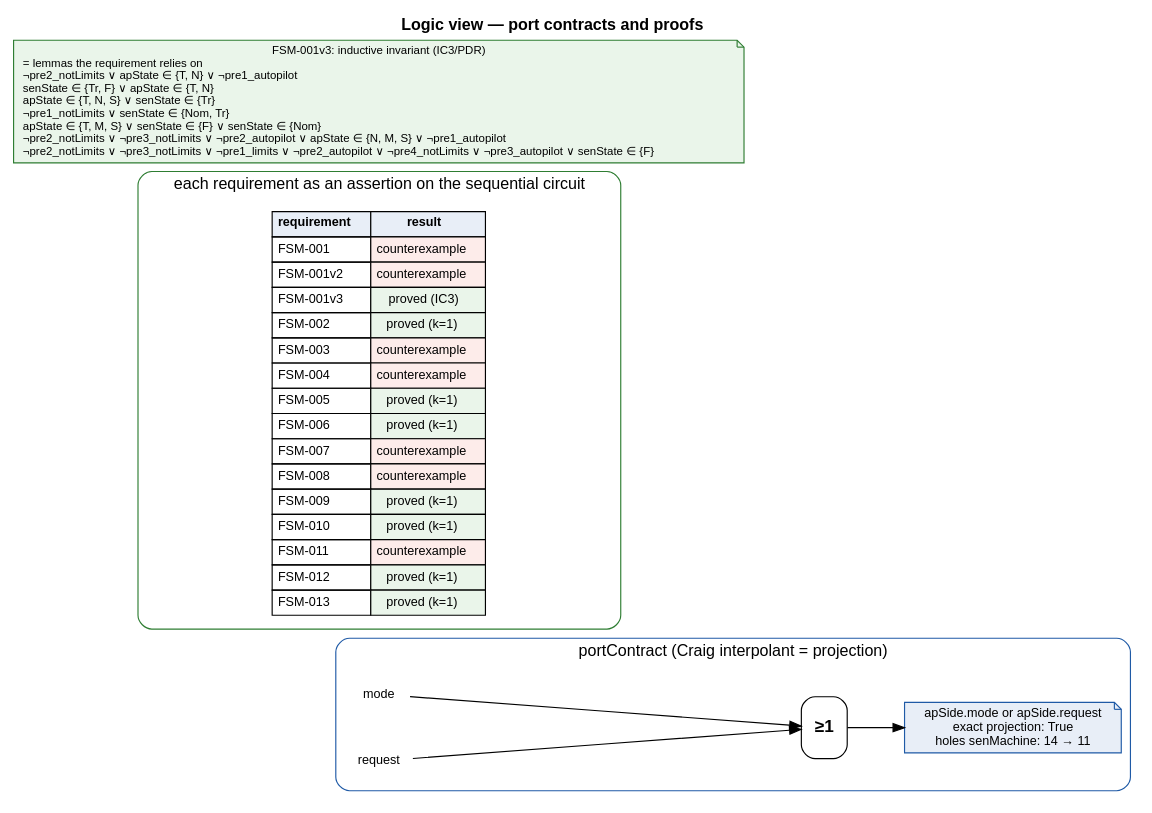
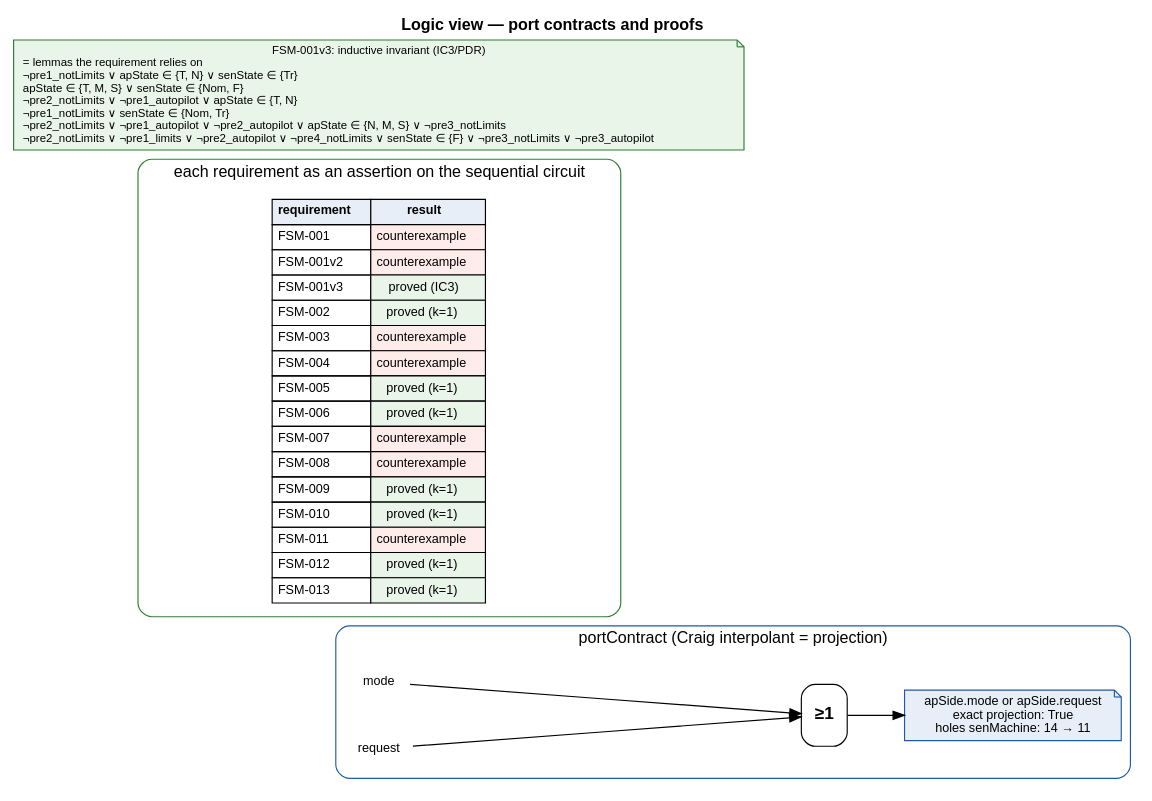
One commit to pedrokuk23/sysml_v2_circuitLogic changed the diagram in results/reference/lmcps/view_proofs.dot. Above: the diagram before and after it, drawn with Graphviz. The commit also changed 52 other files, not shown here.

```diff
--- a/results/reference/lmcps/view_proofs.dot
+++ b/results/reference/lmcps/view_proofs.dot
@@ -1,17 +1,17 @@
 digraph G {
 rankdir=LR; nodesep=0.3; ranksep=0.7;
 node [fontname="Helvetica", fontsize=11];
 fontname="Helvetica";
 label=<<b>Logic view — port contracts and proofs</b>>; labelloc=t; fontsize=14;
 subgraph cluster_portContract { label="portContract (Craig interpolant = projection)"; style=rounded; color="#1f5aa6";
 "portContract_mode" [shape=plaintext, label="mode"];
 "portContract_request" [shape=plaintext, label="request"];
 "portContract_g" [shape=box, width=0.55, height=0.75, fixedsize=true, label="≥1", fontsize=15, fontname="Helvetica-Bold", style="rounded,filled", fillcolor=white];
 "portContract_mode" -> "portContract_g";
 "portContract_request" -> "portContract_g";
 "portContract_n" [shape=note, style=filled, fillcolor="#e8eef7", color="#1f5aa6", label="apSide.mode or apSide.request\nexact projection: True\nholes senMachine: 14 → 11"];
 "portContract_g" -> "portContract_n"; }
 subgraph cluster_p { label="each requirement as an assertion on the sequential circuit"; style=rounded; color="#2e7d32";
 "tbl" [shape=plaintext, label=<<table border="0" cellborder="1" cellspacing="0" cellpadding="4"><tr><td bgcolor="#e8eef7"><b>requirement</b></td><td bgcolor="#e8eef7"><b>result</b></td></tr><tr><td align="left">FSM-001</td><td bgcolor="#fdecea">counterexample</td></tr><tr><td align="left">FSM-001v2</td><td bgcolor="#fdecea">counterexample</td></tr><tr><td align="left">FSM-001v3</td><td bgcolor="#eaf5ea">proved (IC3)</td></tr><tr><td align="left">FSM-002</td><td bgcolor="#eaf5ea">proved (k=1)</td></tr><tr><td align="left">FSM-003</td><td bgcolor="#fdecea">counterexample</td></tr><tr><td align="left">FSM-004</td><td bgcolor="#fdecea">counterexample</td></tr><tr><td align="left">FSM-005</td><td bgcolor="#eaf5ea">proved (k=1)</td></tr><tr><td align="left">FSM-006</td><td bgcolor="#eaf5ea">proved (k=1)</td></tr><tr><td align="left">FSM-007</td><td bgcolor="#fdecea">counterexample</td></tr><tr><td align="left">FSM-008</td><td bgcolor="#fdecea">counterexample</td></tr><tr><td align="left">FSM-009</td><td bgcolor="#eaf5ea">proved (k=1)</td></tr><tr><td align="left">FSM-010</td><td bgcolor="#eaf5ea">proved (k=1)</td></tr><tr><td align="left">FSM-011</td><td bgcolor="#fdecea">counterexample</td></tr><tr><td align="left">FSM-012</td><td bgcolor="#eaf5ea">proved (k=1)</td></tr><tr><td align="left">FSM-013</td><td bgcolor="#eaf5ea">proved (k=1)</td></tr></table>>]; }
-"lem_FSM-001v3" [shape=note, style=filled, fillcolor="#eaf5ea", color="#2e7d32", fontsize=10, label="FSM-001v3: inductive invariant (IC3/PDR)\n= lemmas the requirement relies on\l¬pre2_notLimits ∨ apState ∈ {T, N} ∨ ¬pre1_autopilot\lsenState ∈ {Tr, F} ∨ apState ∈ {T, N}\lapState ∈ {T, N, S} ∨ senState ∈ {Tr}\l¬pre1_notLimits ∨ senState ∈ {Nom, Tr}\lapState ∈ {T, M, S} ∨ senState ∈ {F} ∨ senState ∈ {Nom}\l¬pre2_notLimits ∨ ¬pre3_notLimits ∨ ¬pre2_autopilot ∨ apState ∈ {N, M, S} ∨ ¬pre1_autopilot\l¬pre2_notLimits ∨ ¬pre3_notLimits ∨ ¬pre1_limits ∨ ¬pre2_autopilot ∨ ¬pre4_notLimits ∨ ¬pre3_autopilot ∨ senState ∈ {F}\l"];
+"lem_FSM-001v3" [shape=note, style=filled, fillcolor="#eaf5ea", color="#2e7d32", fontsize=10, label="FSM-001v3: inductive invariant (IC3/PDR)\n= lemmas the requirement relies on\l¬pre1_notLimits ∨ apState ∈ {T, N} ∨ senState ∈ {Tr}\lapState ∈ {T, M, S} ∨ senState ∈ {Nom, F}\l¬pre2_notLimits ∨ ¬pre1_autopilot ∨ apState ∈ {T, N}\l¬pre1_notLimits ∨ senState ∈ {Nom, Tr}\l¬pre2_notLimits ∨ ¬pre1_autopilot ∨ ¬pre2_autopilot ∨ apState ∈ {N, M, S} ∨ ¬pre3_notLimits\l¬pre2_notLimits ∨ ¬pre1_limits ∨ ¬pre2_autopilot ∨ ¬pre4_notLimits ∨ senState ∈ {F} ∨ ¬pre3_notLimits ∨ ¬pre3_autopilot\l"];
 }
```
